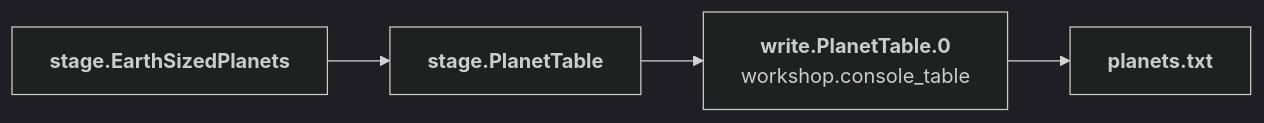
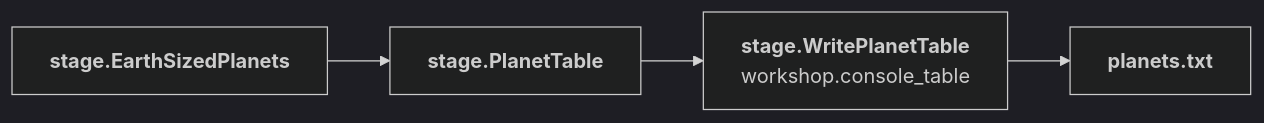
One commit to FAST-HEP/fasthep-flow changed the second of 2 diagrams in docs/extending/sinks.md. Above: the diagram before and after it, drawn with Mermaid (dark theme). The commit also changed other lines of this file and 6 other files, not shown here.

````diff
--- a/docs/extending/sinks.md
+++ b/docs/extending/sinks.md
@@ -80,9 +84,9 @@
 ```{mermaid}
 flowchart LR
     Filter["<b>stage.EarthSizedPlanets</b>"]:::transform
     Project["<b>stage.PlanetTable</b>"]:::transform
-    Table["<b>write.PlanetTable.0</b><br/>workshop.console_table"]:::sink
+    Table["<b>stage.WritePlanetTable</b><br/>workshop.console_table"]:::sink
     Artifact["<b>planets.txt</b>"]:::artifact
 
     Filter --> Project --> Table --> Artifact
 ```
````
